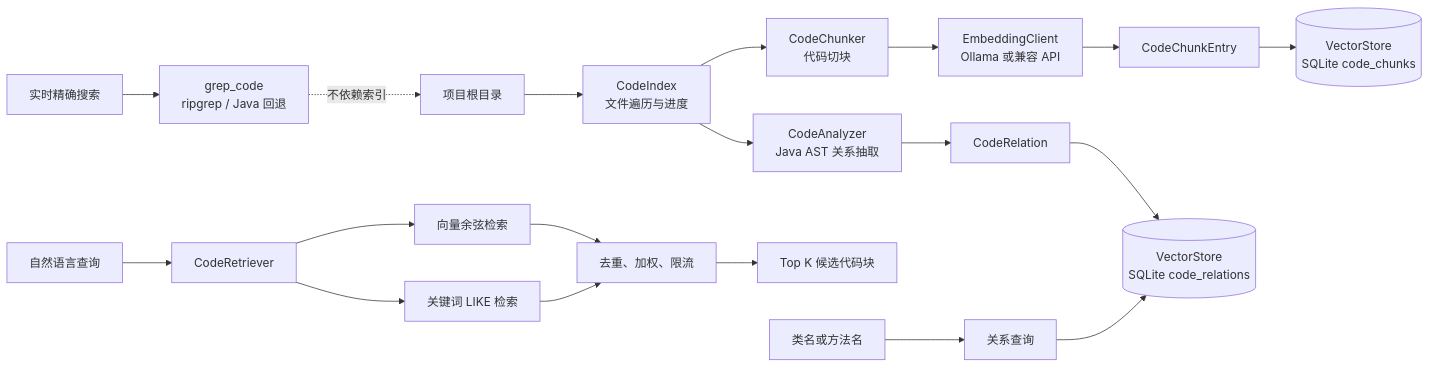
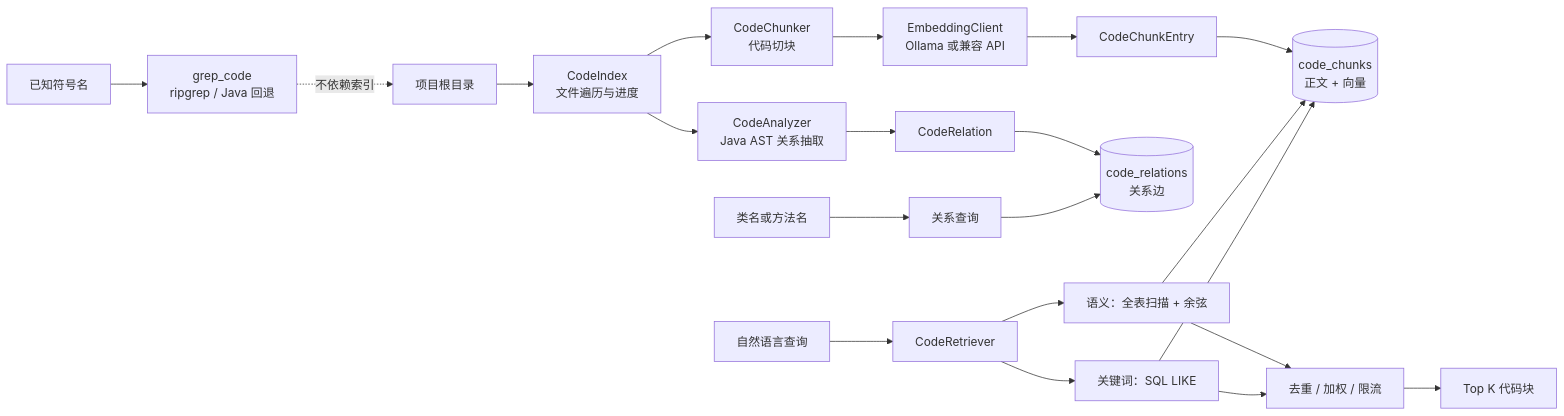
The first of 3 diagrams in docs/dev/04-code-rag-graph.md (zgjdev/Code-Agent), drawn with Mermaid before and after one commit. The commit also changed other lines of this file and 5 other files, not shown here.

````diff
--- a/docs/dev/04-code-rag-graph.md
+++ b/docs/dev/04-code-rag-graph.md
@@ -44,24 +117,26 @@
 ```mermaid
 flowchart LR
     Root[项目根目录] --> Scan[CodeIndex<br/>文件遍历与进度]
     Scan --> Chunk[CodeChunker<br/>代码切块]
     Scan --> Analyze[CodeAnalyzer<br/>Java AST 关系抽取]
     Chunk --> Embed[EmbeddingClient<br/>Ollama 或兼容 API]
     Embed --> Entries[CodeChunkEntry]
     Analyze --> Relations[CodeRelation]
-    Entries --> Store[(VectorStore<br/>SQLite code_chunks)]
-    Relations --> Graph[(VectorStore<br/>SQLite code_relations)]
+    Entries --> Chunks[(code_chunks<br/>正文 + 向量)]
+    Relations --> Rel[(code_relations<br/>关系边)]
 
-    Query[自然语言查询] --> Retriever[CodeRetriever]
-    Retriever --> Semantic[向量余弦检索]
-    Retriever --> Keyword[关键词 LIKE 检索]
-    Semantic --> Merge[去重、加权、限流]
+    Query[自然语言查询] --> Retr[CodeRetriever]
+    Retr --> Semantic[语义：全表扫描 + 余弦]
+    Retr --> Keyword[关键词：SQL LIKE]
+    Semantic --> Merge[去重 / 加权 / 限流]
     Keyword --> Merge
-    Merge --> Results[Top K 候选代码块]
+    Merge --> Results[Top K 代码块]
+    Semantic --> Chunks
+    Keyword --> Chunks
 
-    Name[类名或方法名] --> RelationQuery[关系查询]
-    RelationQuery --> Graph
+    Name[类名或方法名] --> GraphQ[关系查询]
+    GraphQ --> Rel
 
-    Real[实时精确搜索] --> Grep[grep_code<br/>ripgrep / Java 回退]
-    Grep -.不依赖索引.-> Root
+    Real[已知符号名] --> Grep[grep_code<br/>ripgrep / Java 回退]
+    Grep -. 不依赖索引 .-> Root
 ```
````
